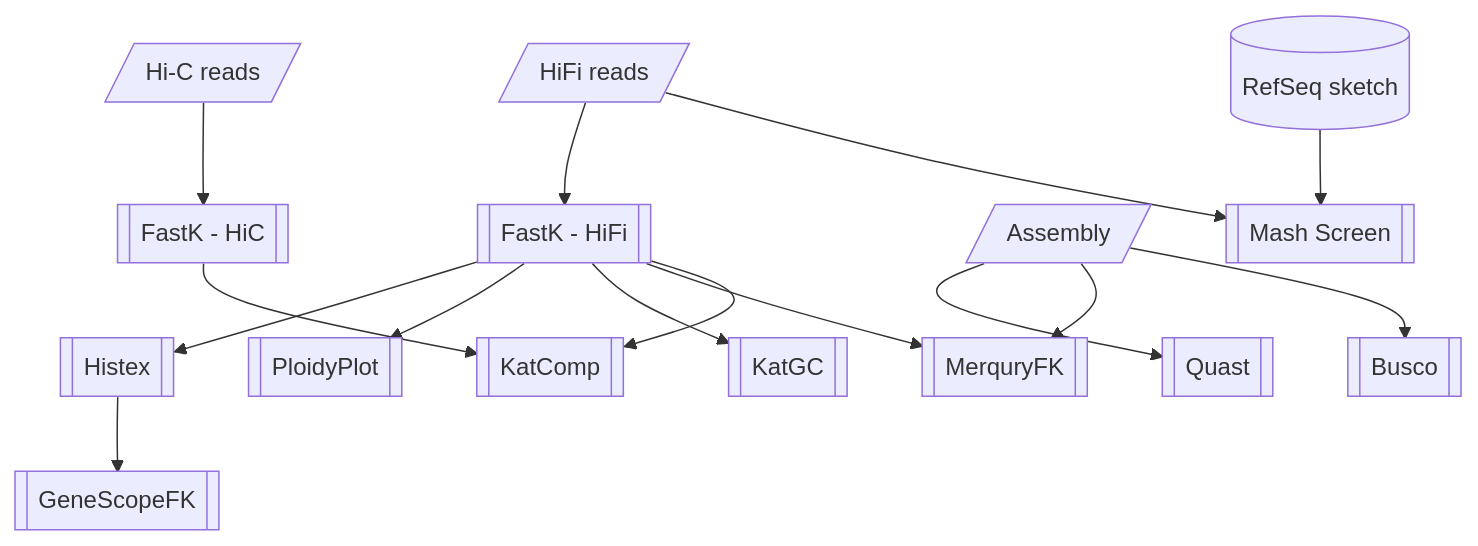
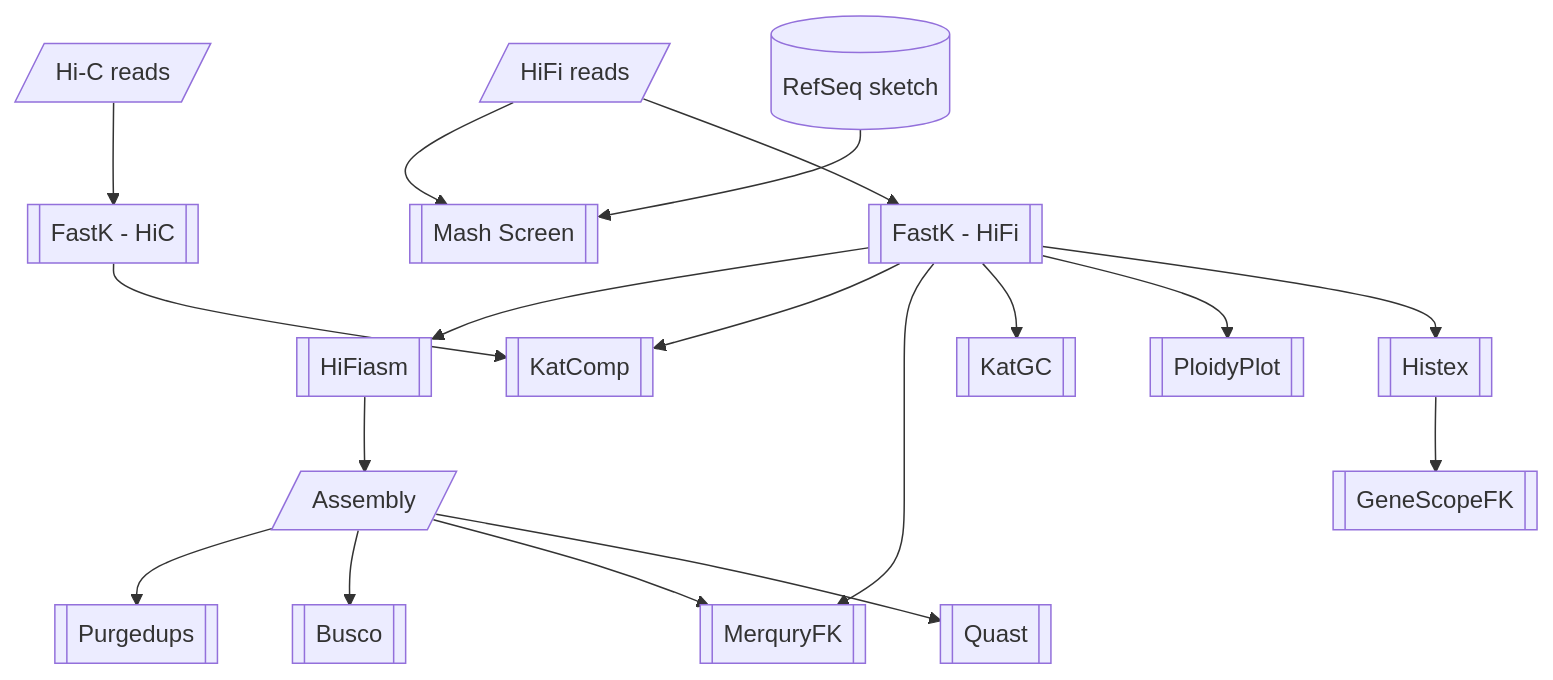
Before and after one commit to NBISweden/Earth-Biogenome-Project-pilot: the second of 2 diagrams in README.md, drawn with Mermaid.

Commit message:
Update mermaid diagram

````diff
--- a/README.md
+++ b/README.md
@@ -23,17 +23,20 @@
 ```mermaid
 flowchart TD
     hifi[/ HiFi reads /] --> fastk_hifi[[ FastK - HiFi ]]
     hic[/ Hi-C reads /] --> fastk_hic[[ FastK - HiC ]]
     assembly[/ Assembly /] --> quast[[ Quast ]]
     fastk_hifi --> histex[[ Histex ]]
     histex --> genescopefk[[ GeneScopeFK ]]
     fastk_hifi --> ploidyplot[[ PloidyPlot ]]
     fastk_hifi --> katgc[[ KatGC ]]
     fastk_hifi --> merquryfk[[ MerquryFK ]]
     assembly --> merquryfk
     fastk_hifi --> katcomp[[ KatComp ]]
     fastk_hic --> katcomp
     assembly --> busco[[ Busco ]]
     refseq_sketch[( RefSeq sketch )] --> mash_screen[[ Mash Screen ]]
     hifi --> mash_screen
+    fastk_hifi --> hifiasm[[ HiFiasm ]]
+    hifiasm --> assembly
+    assembly --> purgedups[[ Purgedups ]]
 ```
````
